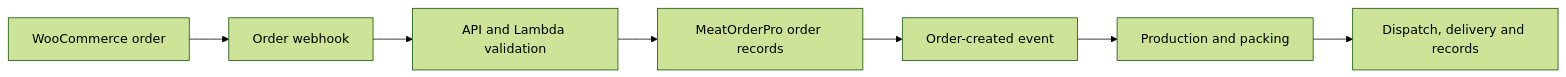
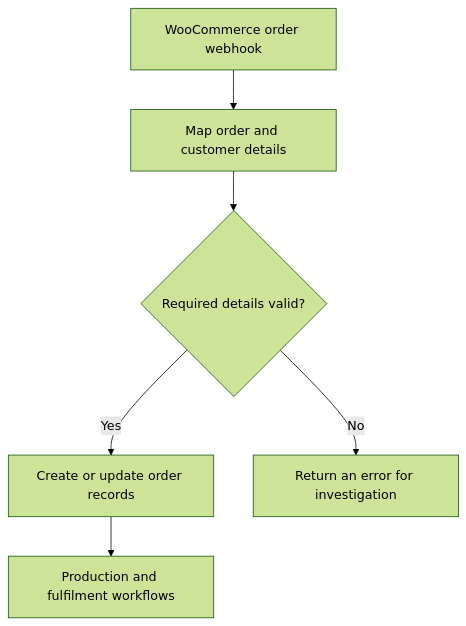
The third of 3 diagrams in README.md (ShuaibSahib2017/meatorderpro-showcase), drawn with Mermaid (forest theme) before and after one commit. The commit also changed other lines of this file, not shown here.

````diff
--- a/README.md
+++ b/README.md
@@ -76,9 +79,8 @@
 ```mermaid
-flowchart LR
-    A["WooCommerce order"] --> B["Order webhook"]
-    B --> C["API and Lambda validation"]
-    C --> D["MeatOrderPro order records"]
-    D --> E["Order-created event"]
-    E --> F["Production and packing"]
-    F --> G["Dispatch, delivery and records"]
+flowchart TD
+    A["WooCommerce order webhook"] --> B["Map order and customer details"]
+    B --> C{"Required details valid?"}
+    C -->|Yes| D["Create or update order records"]
+    C -->|No| E["Return an error for investigation"]
+    D --> F["Production and fulfilment workflows"]
 ```
````
